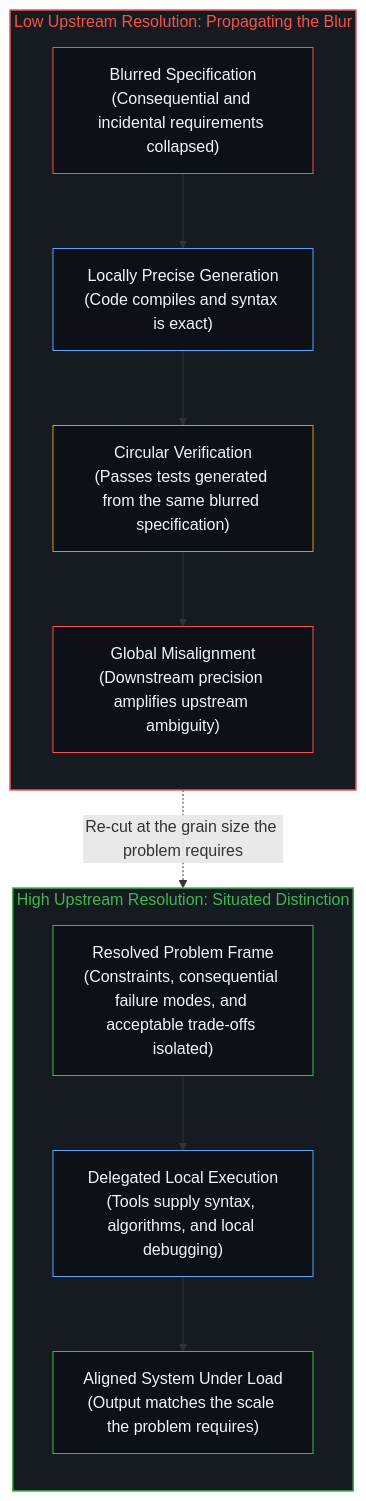
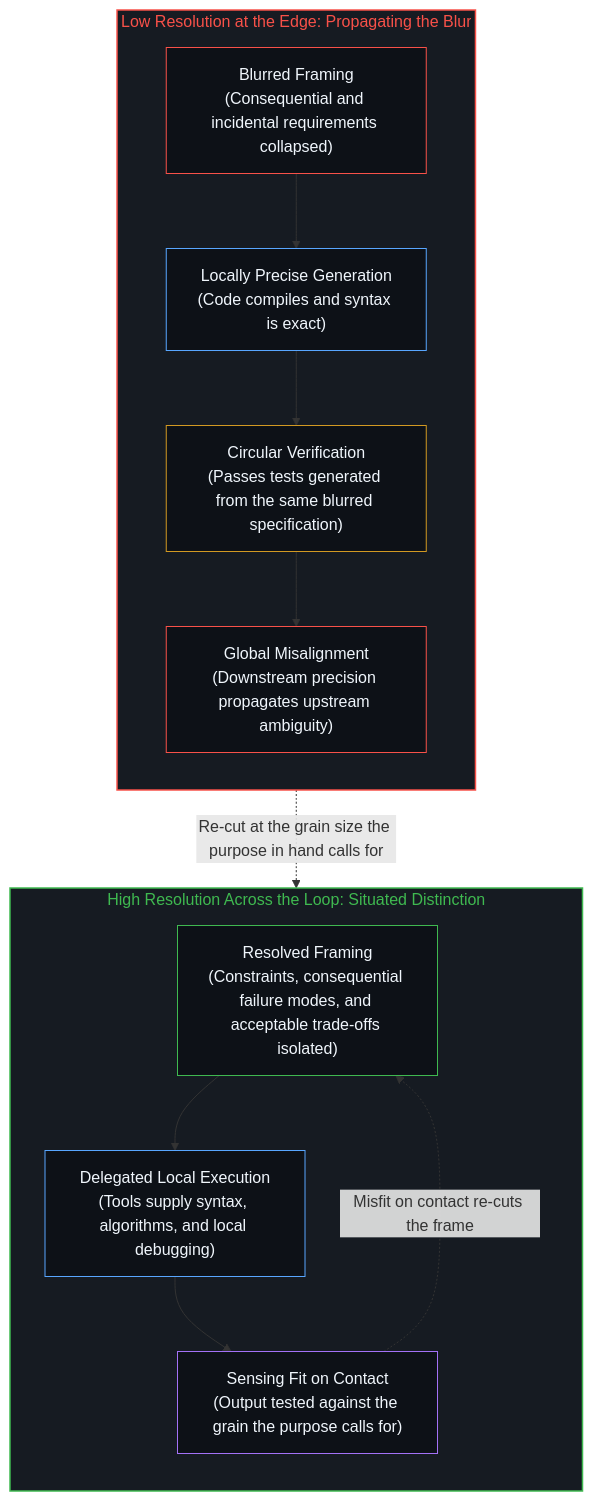
One commit to powerpig99/not-a-toe changed the second of 4 diagrams in content/posts/precision-and-resolution.md. Above: the diagram before and after it, drawn with Mermaid. The commit also changed other lines of this file and 2 other files, not shown here.

Commit message:
Refine Post #413 (precision-and-resolution) via cold retro pass and update Index of Premises

````diff
--- a/content/posts/precision-and-resolution.md
+++ b/content/posts/precision-and-resolution.md
@@ -48,28 +49,29 @@
 ```mermaid
 flowchart TD
-    subgraph S_Low["Low Upstream Resolution: Propagating the Blur"]
+    subgraph S_Low["Low Resolution at the Edge: Propagating the Blur"]
         direction TB
-        L_Spec["Blurred Specification<br/>(Consequential and incidental requirements collapsed)"]
+        L_Spec["Blurred Framing<br/>(Consequential and incidental requirements collapsed)"]
         L_Gen["Locally Precise Generation<br/>(Code compiles and syntax is exact)"]
         L_Test["Circular Verification<br/>(Passes tests generated from the same blurred specification)"]
-        L_Mis["Global Misalignment<br/>(Downstream precision amplifies upstream ambiguity)"]
+        L_Mis["Global Misalignment<br/>(Downstream precision propagates upstream ambiguity)"]
         L_Spec --> L_Gen --> L_Test --> L_Mis
     end
-    subgraph S_High["High Upstream Resolution: Situated Distinction"]
+    subgraph S_High["High Resolution Across the Loop: Situated Distinction"]
         direction TB
-        H_Spec["Resolved Problem Frame<br/>(Constraints, consequential failure modes, and acceptable trade-offs isolated)"]
+        H_Spec["Resolved Framing<br/>(Constraints, consequential failure modes, and acceptable trade-offs isolated)"]
         H_Del["Delegated Local Execution<br/>(Tools supply syntax, algorithms, and local debugging)"]
-        H_Fit["Aligned System Under Load<br/>(Output matches the scale the problem requires)"]
+        H_Fit["Sensing Fit on Contact<br/>(Output tested against the grain the purpose calls for)"]
         H_Spec --> H_Del --> H_Fit
+        H_Fit -.->|"Misfit on contact re-cuts the frame"| H_Spec
     end
-    L_Spec -.->|"Re-cut at the grain size the problem requires"| H_Spec
+    L_Mis -.->|"Re-cut at the grain size the purpose in hand calls for"| H_Spec
     style S_Low fill:#161b22,stroke:#f85149,stroke-width:1.5px,color:#f85149
     style S_High fill:#161b22,stroke:#3fb950,stroke-width:1.5px,color:#3fb950
     style L_Spec fill:#0d1117,stroke:#f85149,stroke-width:1px,color:#f0f6fc
     style L_Gen fill:#0d1117,stroke:#58a6ff,stroke-width:1px,color:#f0f6fc
     style L_Test fill:#0d1117,stroke:#d29922,stroke-width:1px,color:#f0f6fc
     style L_Mis fill:#0d1117,stroke:#f85149,stroke-width:1px,color:#f0f6fc
     style H_Spec fill:#0d1117,stroke:#3fb950,stroke-width:1px,color:#f0f6fc
     style H_Del fill:#0d1117,stroke:#58a6ff,stroke-width:1px,color:#f0f6fc
-    style H_Fit fill:#0d1117,stroke:#3fb950,stroke-width:1px,color:#f0f6fc
+    style H_Fit fill:#0d1117,stroke:#a371f7,stroke-width:1px,color:#f0f6fc
 ```
````
